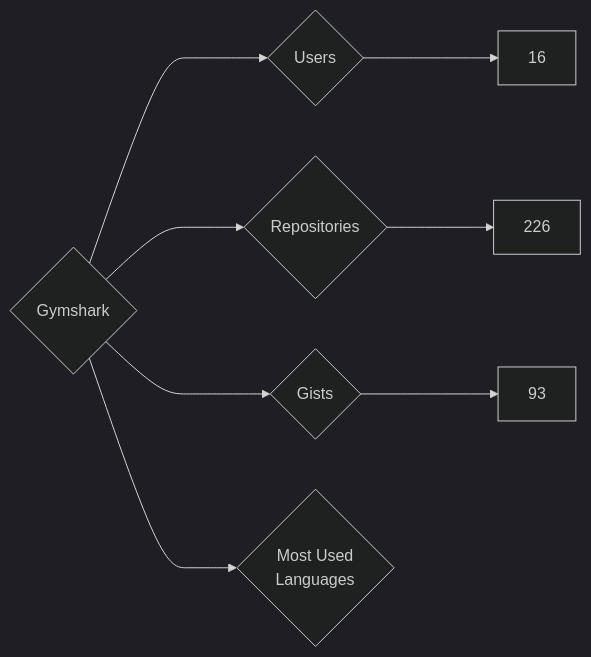
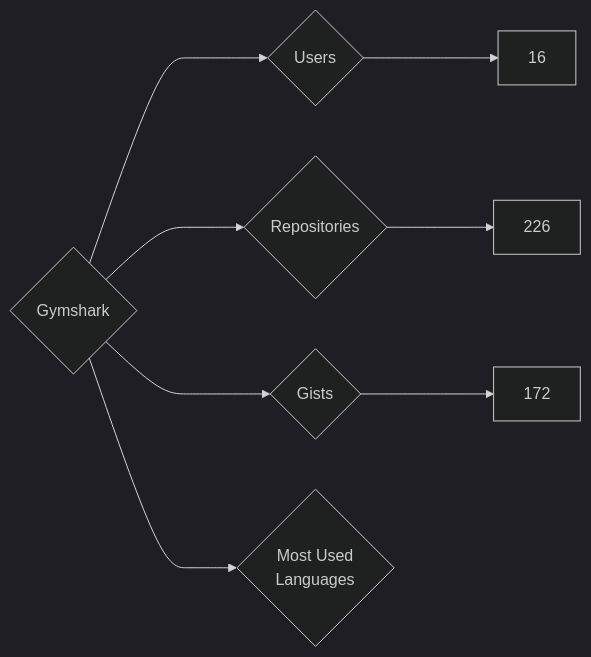
The diagram in targets/Gymshark/README.md (nenadzaric/insiders), drawn with Mermaid (dark theme) before and after one commit. The commit also changed 1342 other files, not shown here.

````diff
--- a/targets/Gymshark/README.md
+++ b/targets/Gymshark/README.md
@@ -3,8 +3,8 @@
 ```mermaid
 graph LR
 COMPANY_NAME{Gymshark}
 COMPANY_NAME ---> U{Users} ---> UN[16]
 COMPANY_NAME ---> R{Repositories} ---> RN[226]
-COMPANY_NAME ---> G{Gists} ---> GN[93]
+COMPANY_NAME ---> G{Gists} ---> GN[172]
 COMPANY_NAME ---> ML{Most Used<br>Languages}
 ```
````
